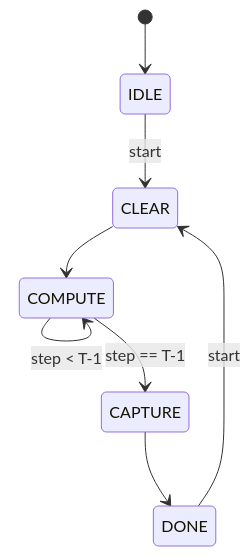
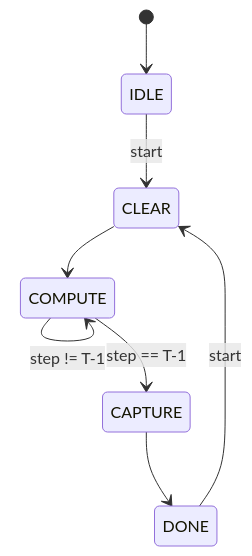
Before and after one commit to 11yashiagrawal/systolic-matmul-accelerator: the second of 2 diagrams in docs/spec.md, drawn with Mermaid.

Commit message:
docs(spec): keep the FSM diagram label free of angle brackets

````diff
--- a/docs/spec.md
+++ b/docs/spec.md
@@ -281,10 +281,10 @@
 ```mermaid
 stateDiagram-v2
   [*] --> IDLE
   IDLE --> CLEAR: start
   CLEAR --> COMPUTE
-  COMPUTE --> COMPUTE: step < T-1
+  COMPUTE --> COMPUTE: step != T-1
   COMPUTE --> CAPTURE: step == T-1
   CAPTURE --> DONE
   DONE --> CLEAR: start
 ```
````
